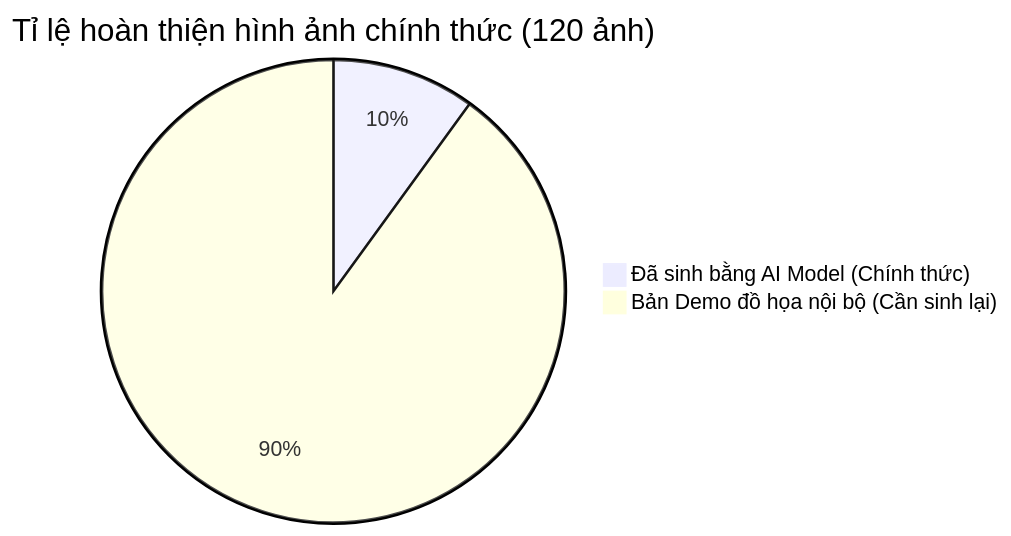
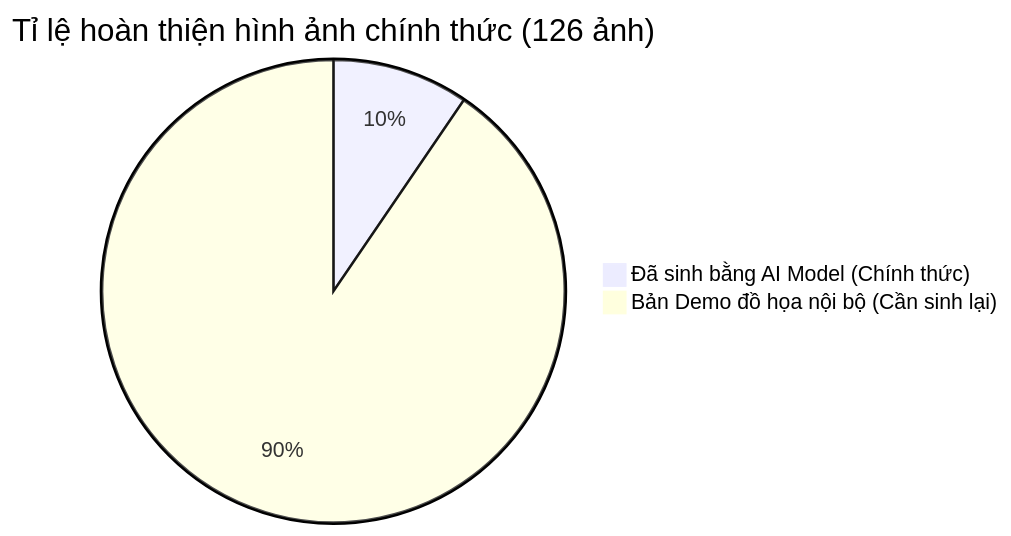
One commit to luonghuy0406/phaan changed the diagram in authoring/IMAGE_GENERATION_TRACKER.md. Above: the diagram before and after it, drawn with Mermaid. The commit also changed other lines of this file and 25 other files, not shown here.

````diff
--- a/authoring/IMAGE_GENERATION_TRACKER.md
+++ b/authoring/IMAGE_GENERATION_TRACKER.md
@@ -15,5 +15,5 @@
 ```mermaid
-pie title Tỉ lệ hoàn thiện hình ảnh chính thức (120 ảnh)
+pie title Tỉ lệ hoàn thiện hình ảnh chính thức (126 ảnh)
     "Đã sinh bằng AI Model (Chính thức)" : 12
-    "Bản Demo đồ họa nội bộ (Cần sinh lại)" : 108
+    "Bản Demo đồ họa nội bộ (Cần sinh lại)" : 114
 ```
````
